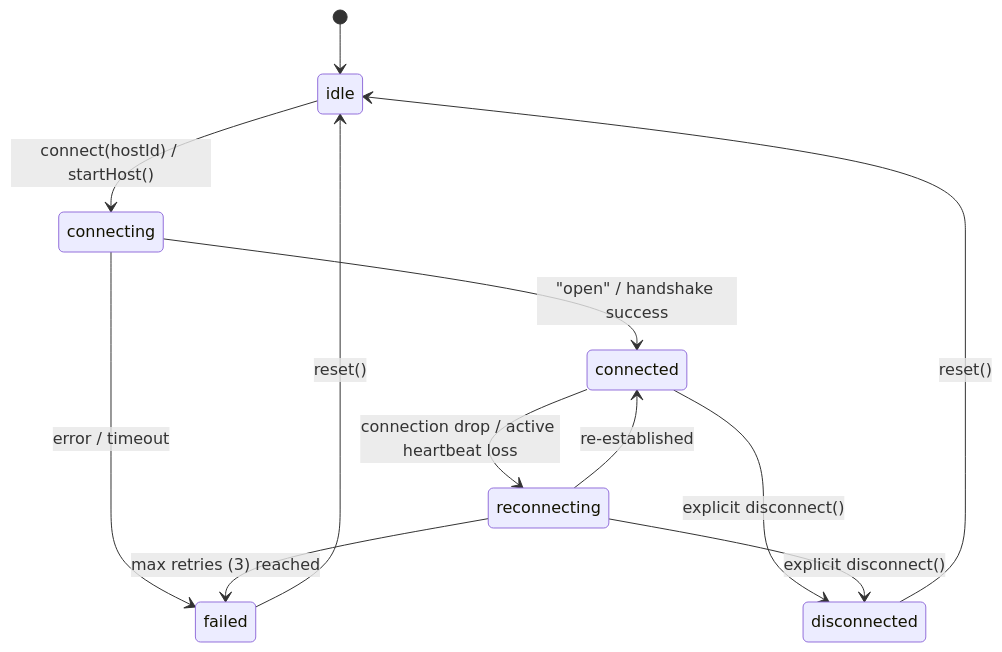
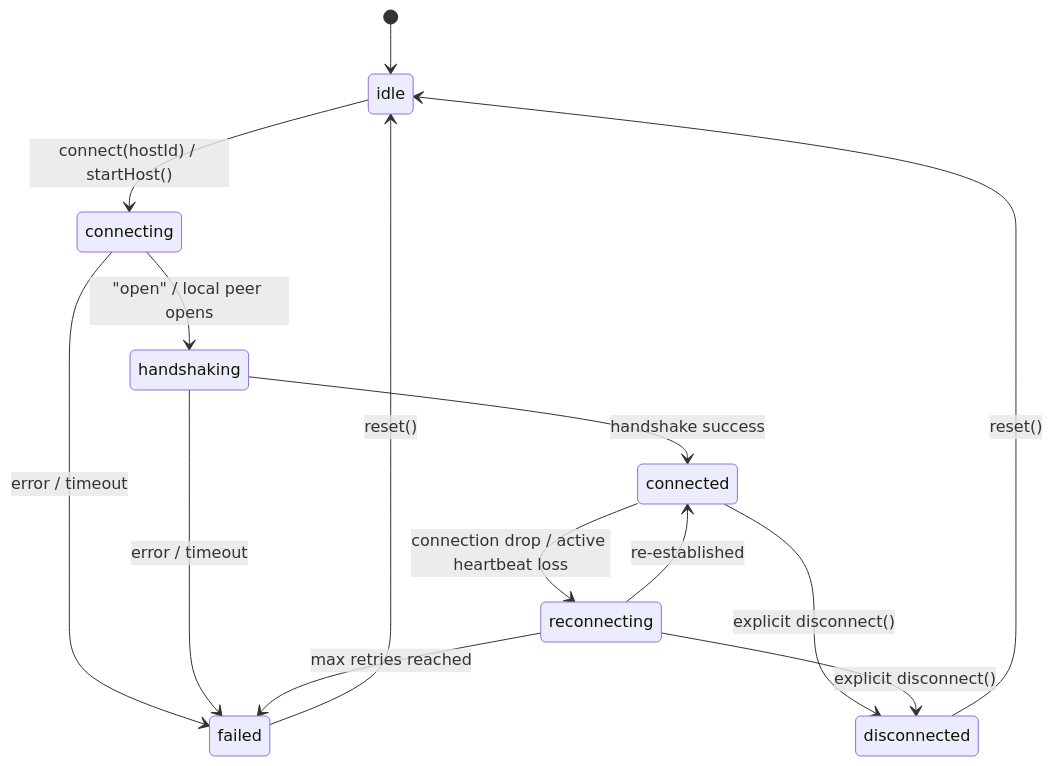
The diagram in specs/104-peerjs-connection-manager/data-model.md (eserlan/Codex-Cryptica), drawn with Mermaid before and after one commit. The commit also changed other lines of this file and 6 other files, not shown here.

````diff
--- a/specs/104-peerjs-connection-manager/data-model.md
+++ b/specs/104-peerjs-connection-manager/data-model.md
@@ -9,14 +9,16 @@
 ```mermaid
 stateDiagram-v2
     [*] --> idle
     idle --> connecting : connect(hostId) / startHost()
-    connecting --> connected : "open" / handshake success
+    connecting --> handshaking : "open" / local peer opens
+    handshaking --> connected : handshake success
     connecting --> failed : error / timeout
+    handshaking --> failed : error / timeout
     connected --> reconnecting : connection drop / active heartbeat loss
     reconnecting --> connected : re-established
-    reconnecting --> failed : max retries (3) reached
+    reconnecting --> failed : max retries reached
     connected --> disconnected : explicit disconnect()
     reconnecting --> disconnected : explicit disconnect()
     failed --> idle : reset()
     disconnected --> idle : reset()
 ```
````
